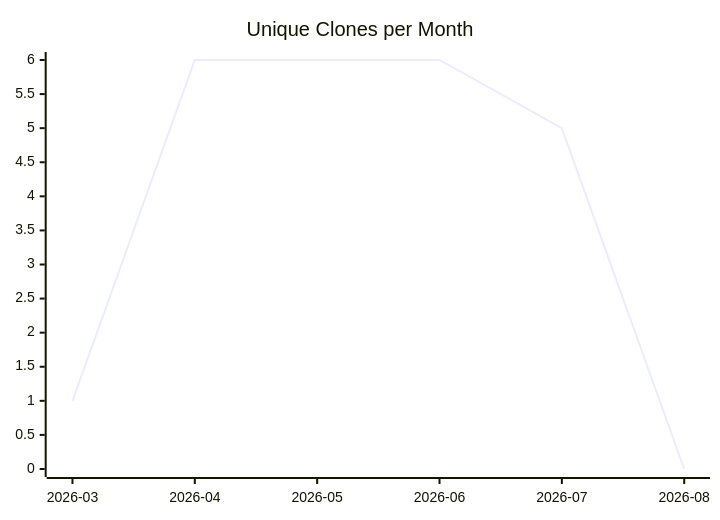
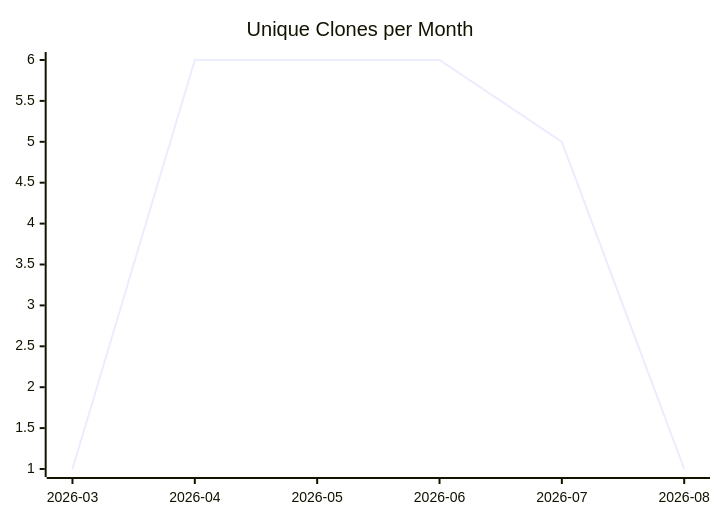
The third of 3 diagrams in karlmdavis/hapi-fhir-jpaserver-starter/README.md (justdavis-family/github-analytics-data), drawn with Mermaid before and after one commit. The commit also changed other lines of this file and 190 other files, not shown here.

````diff
--- a/karlmdavis/hapi-fhir-jpaserver-starter/README.md
+++ b/karlmdavis/hapi-fhir-jpaserver-starter/README.md
@@ -19,6 +19,6 @@
 ```mermaid
 xychart-beta
   title "Unique Clones per Month"
   x-axis ["2026-03", "2026-04", "2026-05", "2026-06", "2026-07", "2026-08"]
-  line [1, 6, 6, 6, 5, 0]
+  line [1, 6, 6, 6, 5, 1]
 ```
````
